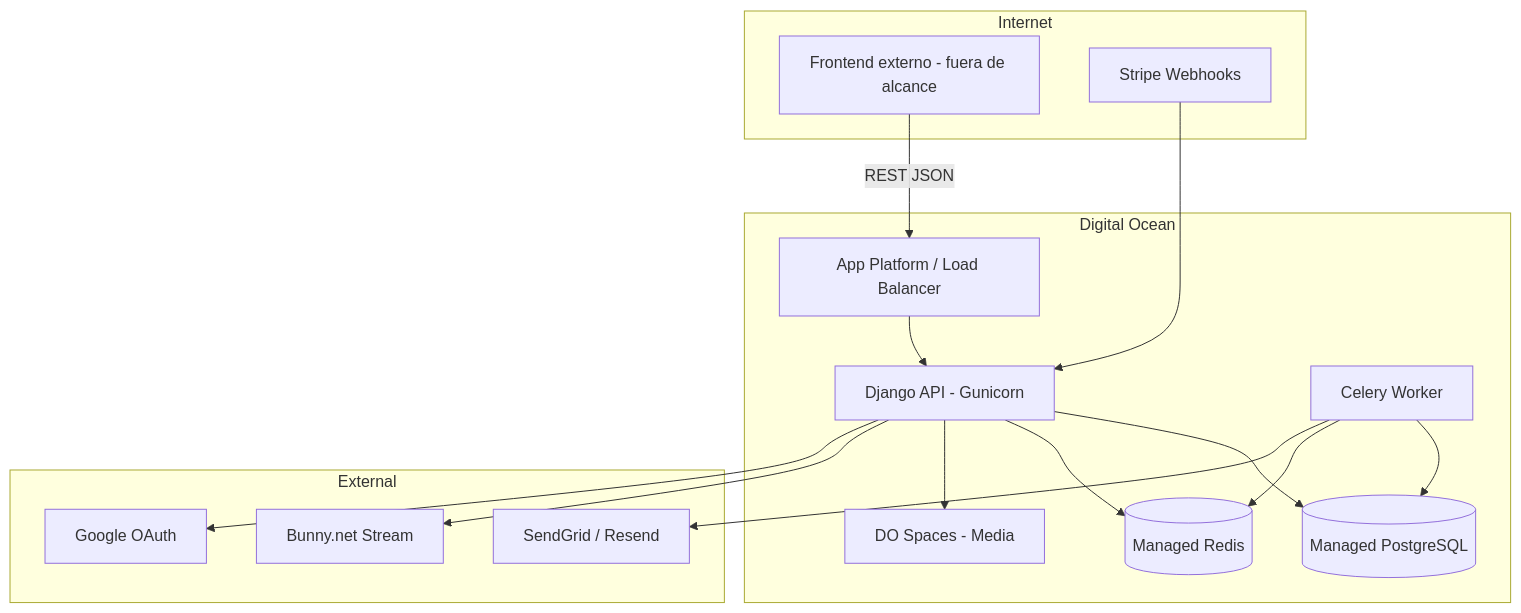
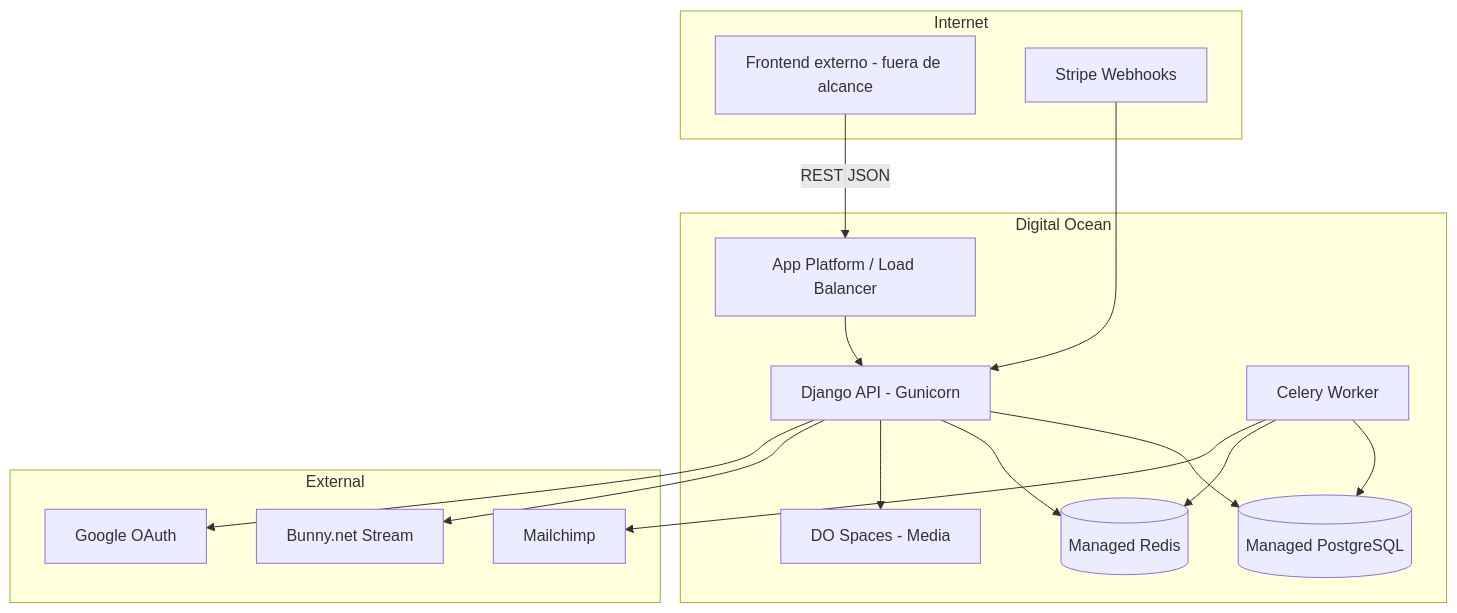
One commit to necritos/LMS-Recipes changed the diagram in docs/PLAN-DESARROLLO.md. Above: the diagram before and after it, drawn with Mermaid. The commit also changed other lines of this file and 31 other files, not shown here.

````diff
--- a/docs/PLAN-DESARROLLO.md
+++ b/docs/PLAN-DESARROLLO.md
@@ -58,33 +58,33 @@
 ```mermaid
 flowchart TB
     subgraph Internet
         FE[Frontend externo - fuera de alcance]
         Stripe[Stripe Webhooks]
     end
 
     subgraph DigitalOcean["Digital Ocean"]
         LB[App Platform / Load Balancer]
         API[Django API - Gunicorn]
         Worker[Celery Worker]
         PG[(Managed PostgreSQL)]
         Redis[(Managed Redis)]
         Spaces[DO Spaces - Media]
     end
 
     subgraph External
         Bunny[Bunny.net Stream]
         Google[Google OAuth]
-        Email[SendGrid / Resend]
+        Email[Mailchimp]
     end
 
     FE -->|REST JSON| LB --> API
     API --> PG
     API --> Redis
     Worker --> PG
     Worker --> Redis
     API --> Spaces
     API --> Bunny
     API --> Google
     Worker --> Email
     Stripe --> API
 ```
````
